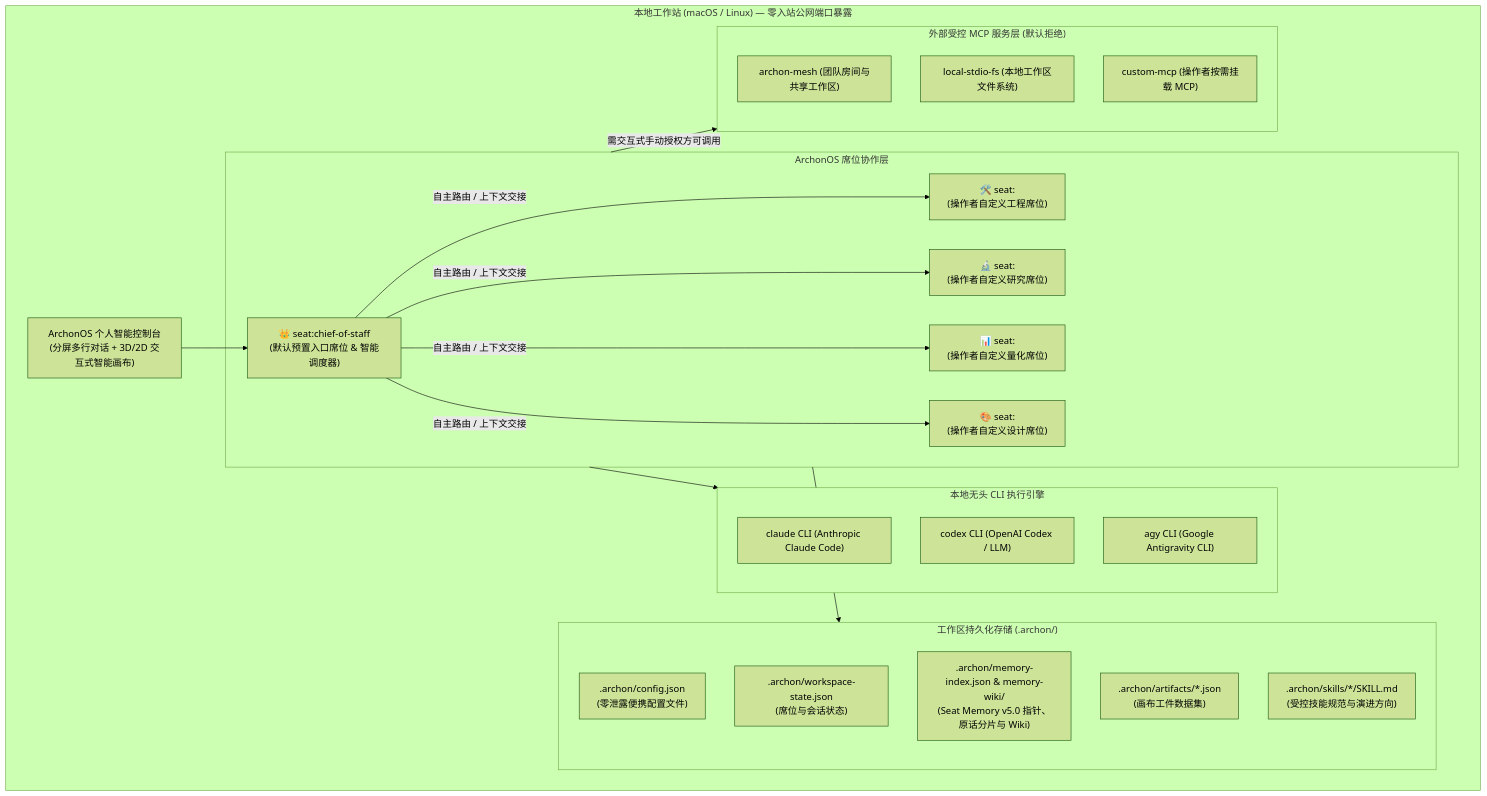
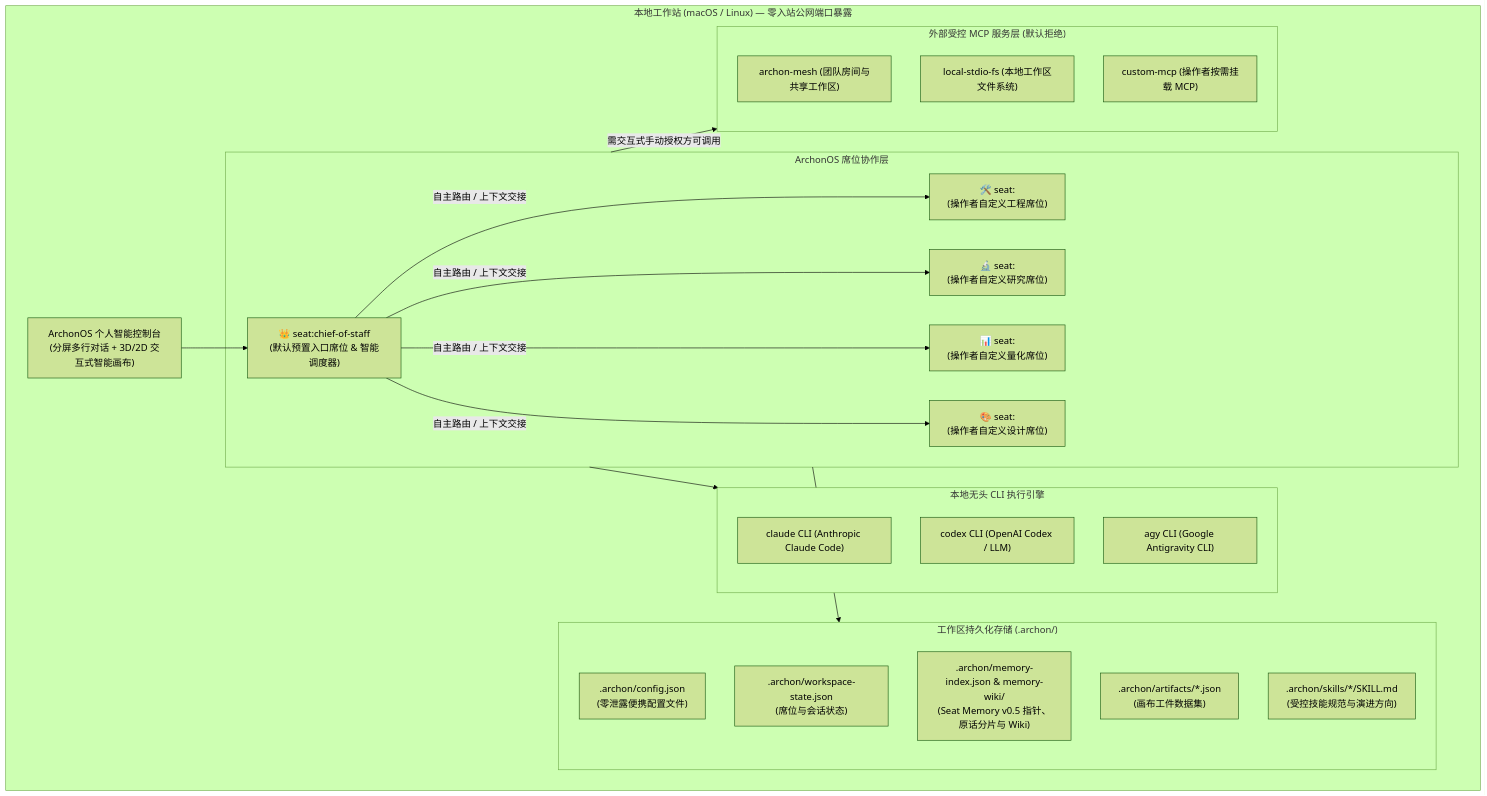
One commit to dmquant/archonos-pub changed the diagram in README.zh-CN.md. Above: the diagram before and after it, drawn with Mermaid (forest theme). The commit also changed other lines of this file and 10 other files, not shown here.

Commit message:
chore(release): align Seat Memory version to v0.5 (pre-1.0 versioning v0.1 -> v0.5)

````diff
--- a/README.zh-CN.md
+++ b/README.zh-CN.md
@@ -75,51 +75,51 @@
 ```mermaid
 flowchart TB
   subgraph Host["本地工作站 (macOS / Linux) — 零入站公网端口暴露"]
     UI["ArchonOS 个人智能控制台
 (分屏多行对话 + 3D/2D 交互式智能画布)"]
     
     subgraph Seats["ArchonOS 席位协作层"]
       COS["👑 seat:chief-of-staff
 (默认预置入口席位 & 智能调度器)"]
       SPEC1["🛠️ seat:<custom-engineering>
 (操作者自定义工程席位)"]
       SPEC2["🔬 seat:<custom-research>
 (操作者自定义研究席位)"]
       SPEC3["📊 seat:<custom-quant>
 (操作者自定义量化席位)"]
       SPEC4["🎨 seat:<custom-design>
 (操作者自定义设计席位)"]
     end
 
     subgraph Hands["本地无头 CLI 执行引擎"]
       CLI1["claude CLI (Anthropic Claude Code)"]
       CLI2["codex CLI (OpenAI Codex / LLM)"]
       CLI3["agy CLI (Google Antigravity CLI)"]
     end
 
     subgraph Storage["工作区持久化存储 (.archon/)"]
       CFG[".archon/config.json
 (零泄露便携配置文件)"]
       STATE[".archon/workspace-state.json
 (席位与会话状态)"]
       MEM[".archon/memory-index.json & memory-wiki/
-(Seat Memory v5.0 指针、原话分片与 Wiki)"]
+(Seat Memory v0.5 指针、原话分片与 Wiki)"]
       ARTS[".archon/artifacts/*.json
 (画布工件数据集)"]
       SKILLS[".archon/skills/*/SKILL.md
 (受控技能规范与演进方向)"]
     end
 
     subgraph MCP["外部受控 MCP 服务层 (默认拒绝)"]
       MCP1["archon-mesh (团队房间与共享工作区)"]
       MCP2["local-stdio-fs (本地工作区文件系统)"]
       MCP3["custom-mcp (操作者按需挂载 MCP)"]
     end
   end
 
   UI --> COS
   COS -->|自主路由 / 上下文交接| SPEC1 & SPEC2 & SPEC3 & SPEC4
   Seats --> Hands
   Seats --> Storage
   Seats -->|需交互式手动授权方可调用| MCP
 ```
````
